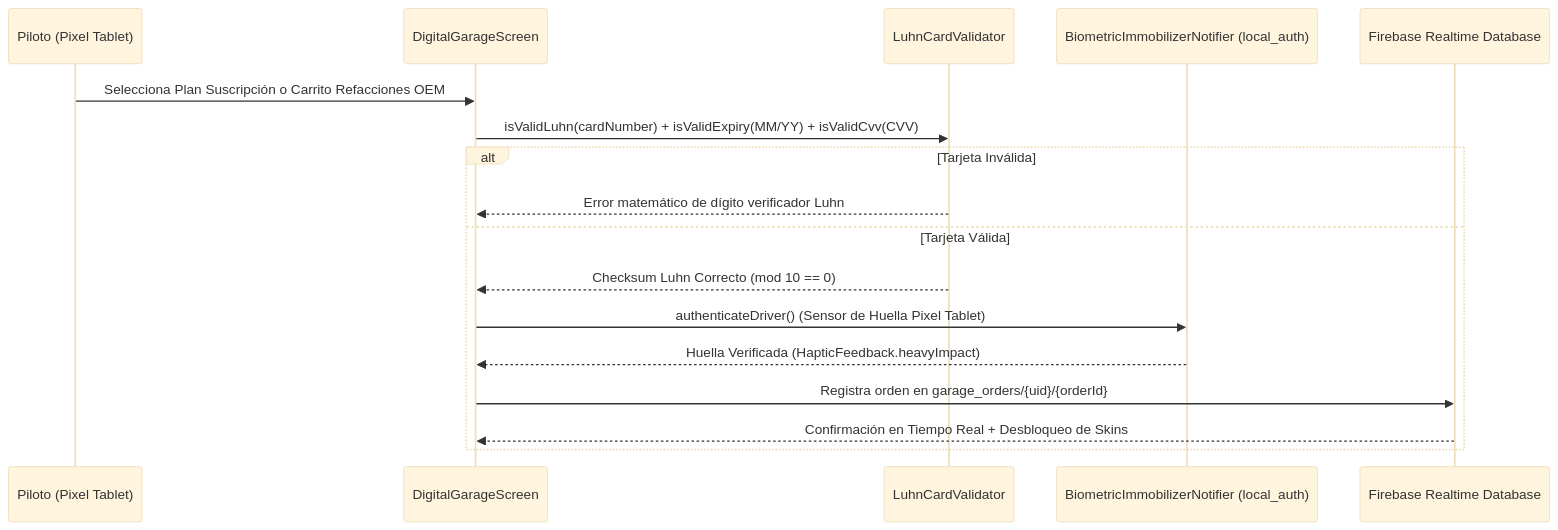
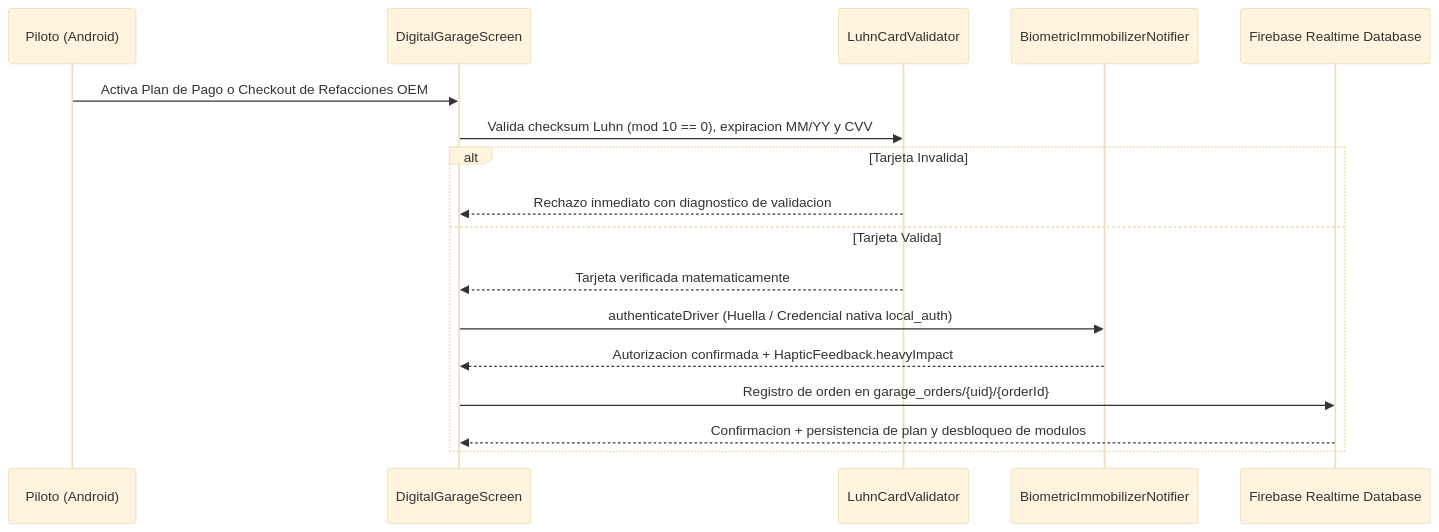
The third of 4 diagrams in REPORTE_TECNICO.md (MidKnight458/RS-Digital-Cockpit), drawn with Mermaid (base theme) before and after one commit. The commit also changed other lines of this file, not shown here.

Commit message:
docs(report): update complete technical report with final RS Digital Cockpit architecture, sensors, development process and conclusions

````diff
--- a/REPORTE_TECNICO.md
+++ b/REPORTE_TECNICO.md
@@ -151,20 +173,20 @@
 ```mermaid
 sequenceDiagram
-    participant Piloto as Piloto (Pixel Tablet)
+    participant Piloto as Piloto (Android)
     participant UI as DigitalGarageScreen
     participant Luhn as LuhnCardValidator
-    participant Bio as BiometricImmobilizerNotifier (local_auth)
+    participant Bio as BiometricImmobilizerNotifier
     participant FB as Firebase Realtime Database
 
-    Piloto->>UI: Selecciona Plan Suscripción o Carrito Refacciones OEM
-    UI->>Luhn: isValidLuhn(cardNumber) + isValidExpiry(MM/YY) + isValidCvv(CVV)
-    alt Tarjeta Inválida
-        Luhn-->>UI: Error matemático de dígito verificador Luhn
-    else Tarjeta Válida
-        Luhn-->>UI: Checksum Luhn Correcto (mod 10 == 0)
-        UI->>Bio: authenticateDriver() (Sensor de Huella Pixel Tablet)
-        Bio-->>UI: Huella Verificada (HapticFeedback.heavyImpact)
-        UI->>FB: Registra orden en garage_orders/{uid}/{orderId}
-        FB-->>UI: Confirmación en Tiempo Real + Desbloqueo de Skins
+    Piloto->>UI: Activa Plan de Pago o Checkout de Refacciones OEM
+    UI->>Luhn: Valida checksum Luhn (mod 10 == 0), expiracion MM/YY y CVV
+    alt Tarjeta Invalida
+        Luhn-->>UI: Rechazo inmediato con diagnostico de validacion
+    else Tarjeta Valida
+        Luhn-->>UI: Tarjeta verificada matematicamente
+        UI->>Bio: authenticateDriver (Huella / Credencial nativa local_auth)
+        Bio-->>UI: Autorizacion confirmada + HapticFeedback.heavyImpact
+        UI->>FB: Registro de orden en garage_orders/{uid}/{orderId}
+        FB-->>UI: Confirmacion + persistencia de plan y desbloqueo de modulos
     end
 ```
````
